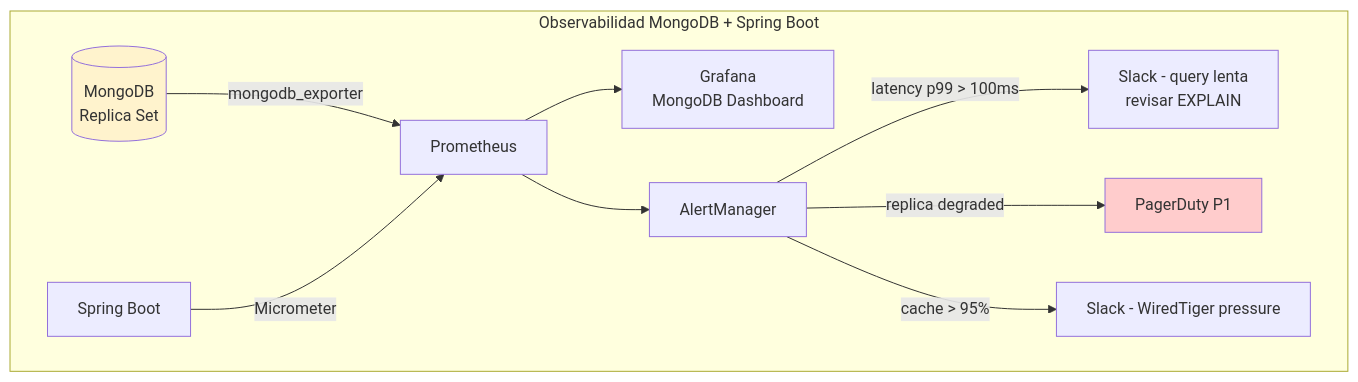
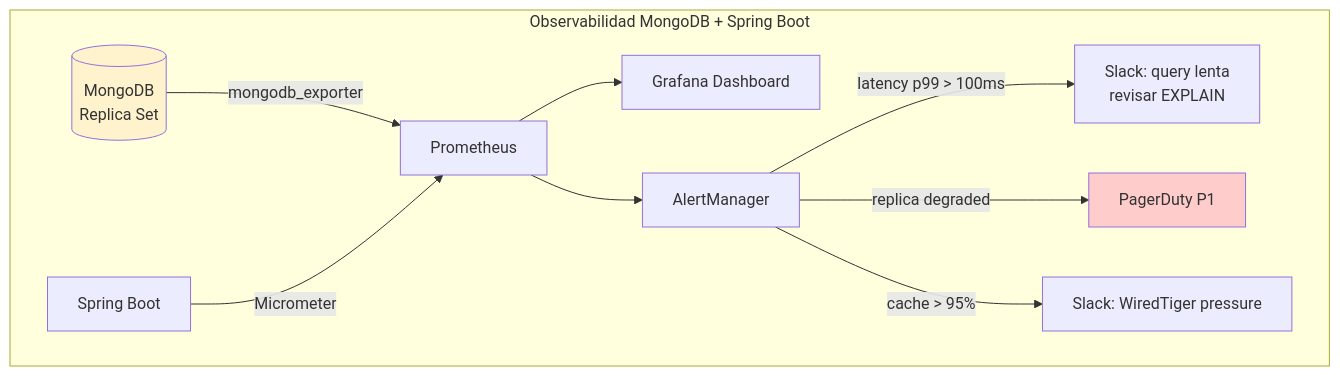
The fourth of 5 diagrams in 04_Bases_de_Datos/mongodb_con_java_21_modelado_de_documentos_y_agregaciones_avanzadas_STAFF.md (Joaquinriosheredia/DAM-Java-Mastery), drawn with Mermaid before and after one commit. The commit also changed other lines of this file, not shown here.

````diff
--- a/04_Bases_de_Datos/mongodb_con_java_21_modelado_de_documentos_y_agregaciones_avanzadas_STAFF.md
+++ b/04_Bases_de_Datos/mongodb_con_java_21_modelado_de_documentos_y_agregaciones_avanzadas_STAFF.md
@@ -580,15 +698,16 @@
 ```mermaid
 graph TD
     subgraph "Observabilidad MongoDB + Spring Boot"
         MONGO2[(MongoDB\nReplica Set)] -->|mongodb_exporter| PROM[Prometheus]
         APP2[Spring Boot] -->|Micrometer| PROM
-        PROM --> GRAF[Grafana\nMongoDB Dashboard]
+        PROM --> GRAF[Grafana Dashboard]
         PROM --> AM[AlertManager]
-        AM -->|latency p99 > 100ms| SLACK[Slack - query lenta\nrevisar EXPLAIN]
+        
+        AM -->|latency p99 > 100ms| SLACK[Slack: query lenta\nrevisar EXPLAIN]
         AM -->|replica degraded| P1[PagerDuty P1]
-        AM -->|cache > 95%| WARN[Slack - WiredTiger pressure]
+        AM -->|cache > 95%| WARN[Slack: WiredTiger pressure]
     end
     
     style MONGO2 fill:#fff3cd
     style P1 fill:#ffcccc
 ```
````
